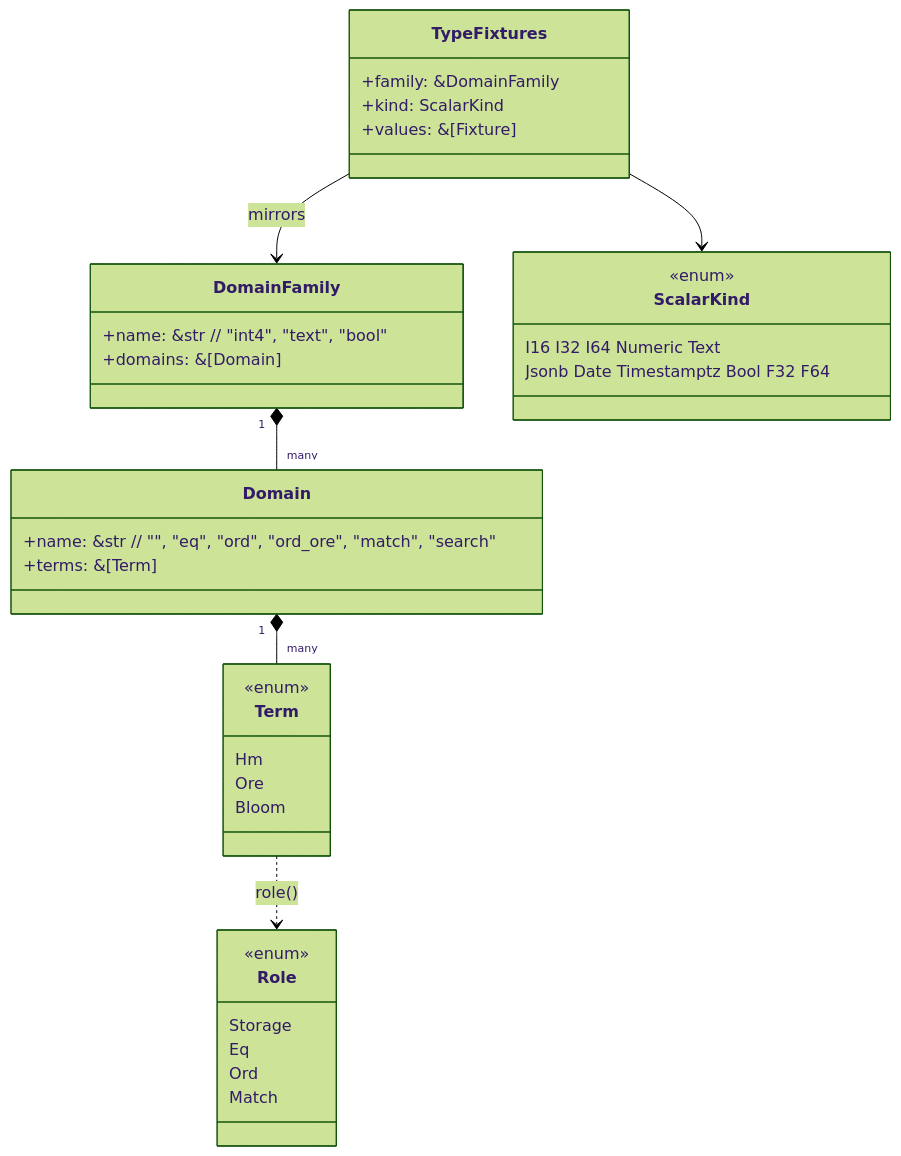
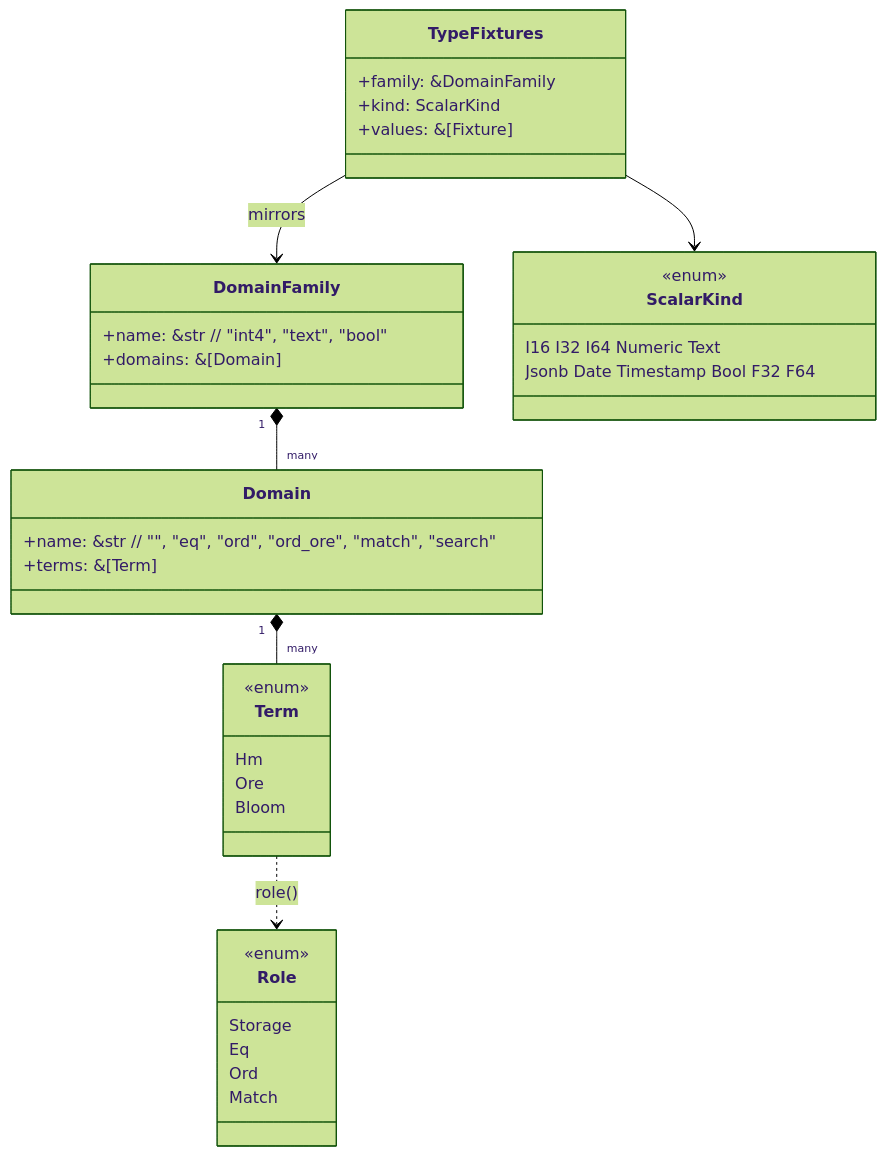
Before and after one commit to cipherstash/encrypt-query-language: the second of 15 diagrams in docs/reference/catalog-driven-architecture.md, drawn with Mermaid (forest theme). The commit also changed other lines of this file and 31 other files, not shown here.

Commit message:
docs: rename eql_v3 timestamptz to timestamp

````diff
--- a/docs/reference/catalog-driven-architecture.md
+++ b/docs/reference/catalog-driven-architecture.md
@@ -82,39 +82,39 @@
 ```mermaid
 classDiagram
     class DomainFamily {
         +name: &str        // "int4", "text", "bool"
         +domains: &[Domain]
     }
     class Domain {
         +name: &str        // "", "eq", "ord", "ord_ore", "match", "search"
         +terms: &[Term]
     }
     class Term {
         <<enum>>
         Hm
         Ore
         Bloom
     }
     class Role {
         <<enum>>
         Storage
         Eq
         Ord
         Match
     }
     class ScalarKind {
         <<enum>>
         I16 I32 I64 Numeric Text
-        Jsonb Date Timestamptz Bool F32 F64
+        Jsonb Date Timestamp Bool F32 F64
     }
     class TypeFixtures {
         +family: &DomainFamily
         +kind: ScalarKind
         +values: &[Fixture]
     }
     DomainFamily "1" *-- "many" Domain
     Domain "1" *-- "many" Term
     Term ..> Role : role()
     TypeFixtures --> DomainFamily : mirrors
     TypeFixtures --> ScalarKind
 ```
````
